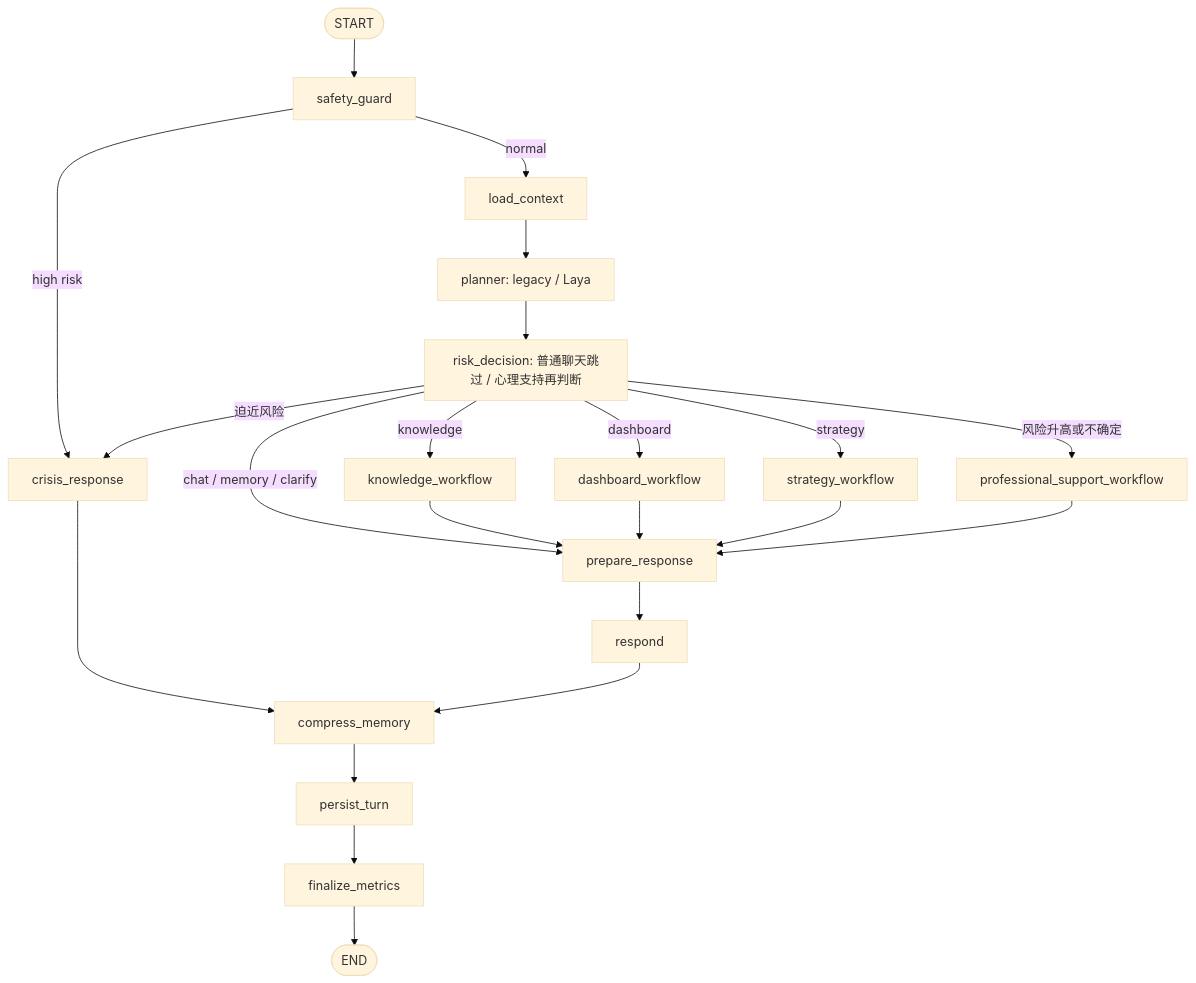
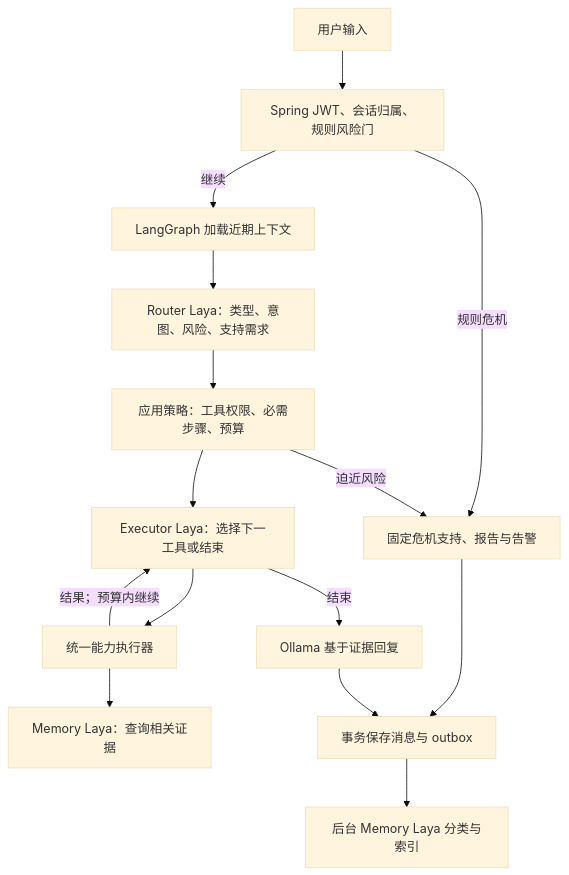
One commit to Vaniloo/psych-agent-engineering changed the diagram in docs/architecture.md. Above: the diagram before and after it, drawn with Mermaid (base theme). The commit also changed other lines of this file and 101 other files, not shown here.

Commit message:
Refactor agent around three isolated local Laya decision roles

````diff
--- a/docs/architecture.md
+++ b/docs/architecture.md
@@ -21,24 +5,17 @@
 ```mermaid
 flowchart TD
-    S([START]) --> G[safety_guard]
-    G -->|high risk| CR[crisis_response]
-    G -->|normal| C[load_context]
-    C --> P[planner: legacy / Laya]
-    P --> JD[risk_decision: 普通聊天跳过 / 心理支持再判断]
-    JD -->|knowledge| K[knowledge_workflow]
-    JD -->|dashboard| D[dashboard_workflow]
-    JD -->|strategy| A[strategy_workflow]
-    JD -->|风险升高或不确定| H[professional_support_workflow]
-    JD -->|迫近风险| CR
-    JD -->|chat / memory / clarify| V[prepare_response]
-    K --> V
-    D --> V
-    A --> V
-    H --> V
-    V --> R[respond]
-    CR --> M[compress_memory]
-    R --> M
-    M --> DB[persist_turn]
-    DB --> OM[finalize_metrics]
-    OM --> E([END])
+    U[用户输入] --> J[Spring JWT、会话归属、规则风险门]
+    J -->|规则危机| C[固定危机支持、报告与告警]
+    J -->|继续| G[LangGraph 加载近期上下文]
+    G --> R[Router Laya：类型、意图、风险、支持需求]
+    R --> P[应用策略：工具权限、必需步骤、预算]
+    P -->|迫近风险| C
+    P --> E[Executor Laya：选择下一工具或结束]
+    E --> T[统一能力执行器]
+    T -->|结果；预算内继续| E
+    T --> M[Memory Laya：查询相关证据]
+    E -->|结束| O[Ollama 基于证据回复]
+    C --> S[事务保存消息与 outbox]
+    O --> S
+    S --> A[后台 Memory Laya 分类与索引]
 ```
````
